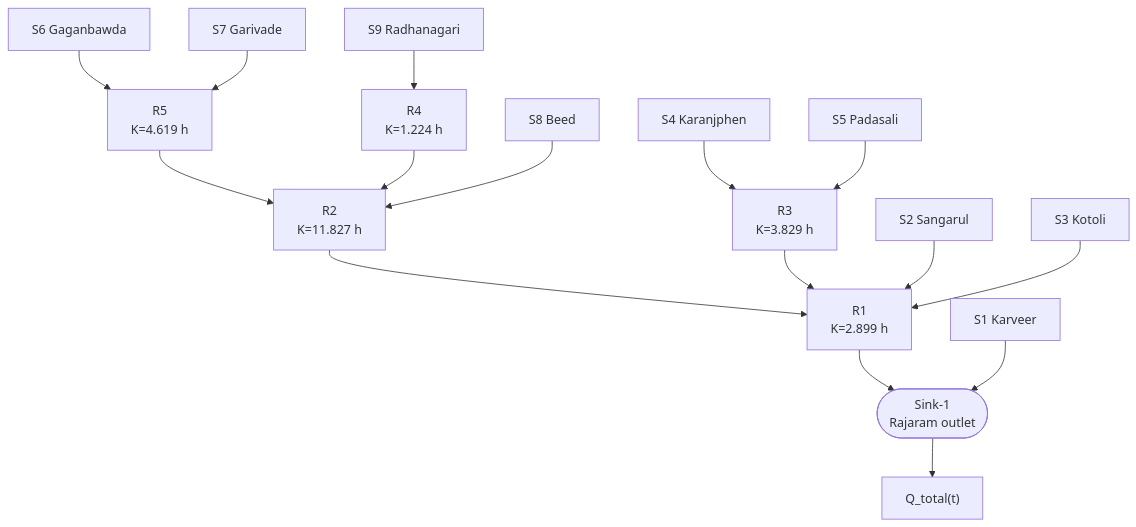
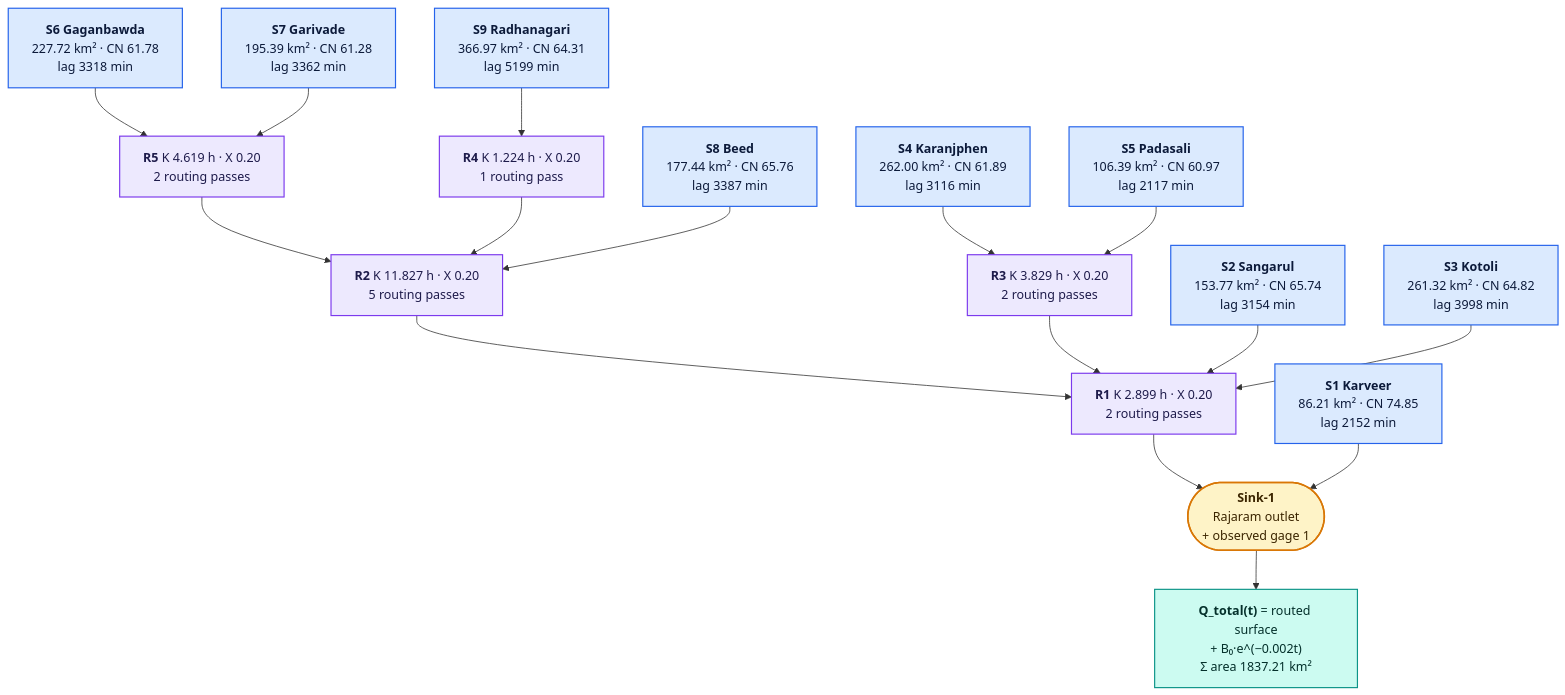
Before and after one commit to satwikcccss-crypto/CCCSS-SUK-Panchganga_Hydrocast: the second of 2 diagrams in docs/runoff-computation.md, drawn with Mermaid. The commit also changed other lines of this file and 14 other files, not shown here.

````diff
--- a/docs/runoff-computation.md
+++ b/docs/runoff-computation.md
@@ -247,18 +261,28 @@
 ```mermaid
 flowchart TD
-    S6["S6 Gaganbawda"] --> R5["R5<br/>K=4.619 h"]
-    S7["S7 Garivade"] --> R5
-    R5 --> R2["R2<br/>K=11.827 h"]
-    S9["S9 Radhanagari"] --> R4["R4<br/>K=1.224 h"]
+    S6["<b>S6 Gaganbawda</b><br/>227.72 km² · CN 61.78<br/>lag 3318 min"] --> R5["<b>R5</b> K 4.619 h · X 0.20<br/>2 routing passes"]
+    S7["<b>S7 Garivade</b><br/>195.39 km² · CN 61.28<br/>lag 3362 min"] --> R5
+    S9["<b>S9 Radhanagari</b><br/>366.97 km² · CN 64.31<br/>lag 5199 min"] --> R4["<b>R4</b> K 1.224 h · X 0.20<br/>1 routing pass"]
+    R5 --> R2["<b>R2</b> K 11.827 h · X 0.20<br/>5 routing passes"]
     R4 --> R2
-    S8["S8 Beed"] --> R2
-    R2 --> R1["R1<br/>K=2.899 h"]
-    S4["S4 Karanjphen"] --> R3["R3<br/>K=3.829 h"]
-    S5["S5 Padasali"] --> R3
+    S8["<b>S8 Beed</b><br/>177.44 km² · CN 65.76<br/>lag 3387 min"] --> R2
+    R2 --> R1["<b>R1</b> K 2.899 h · X 0.20<br/>2 routing passes"]
+    S4["<b>S4 Karanjphen</b><br/>262.00 km² · CN 61.89<br/>lag 3116 min"] --> R3["<b>R3</b> K 3.829 h · X 0.20<br/>2 routing passes"]
+    S5["<b>S5 Padasali</b><br/>106.39 km² · CN 60.97<br/>lag 2117 min"] --> R3
     R3 --> R1
-    S2["S2 Sangarul"] --> R1
-    S3["S3 Kotoli"] --> R1
-    R1 --> SINK(["Sink-1<br/>Rajaram outlet"])
-    S1["S1 Karveer"] --> SINK
-    SINK --> QT["Q_total(t)"]
+    S2["<b>S2 Sangarul</b><br/>153.77 km² · CN 65.74<br/>lag 3154 min"] --> R1
+    S3["<b>S3 Kotoli</b><br/>261.32 km² · CN 64.82<br/>lag 3998 min"] --> R1
+    R1 --> SINK(["<b>Sink-1</b><br/>Rajaram outlet<br/>+ observed gage 1"])
+    S1["<b>S1 Karveer</b><br/>86.21 km² · CN 74.85<br/>lag 2152 min"] --> SINK
+    SINK --> QT["<b>Q_total(t)</b> = routed surface<br/>+ B₀·e^(−0.002t)<br/>Σ area 1837.21 km²"]
+
+    classDef sub   fill:#dbeafe,stroke:#2563eb,stroke-width:1.5px,color:#0c1a3a
+    classDef reach fill:#ede9fe,stroke:#7c3aed,stroke-width:1.5px,color:#1e1b4b
+    classDef sink  fill:#fef3c7,stroke:#d97706,stroke-width:2px,color:#3b2500
+    classDef out   fill:#ccfbf1,stroke:#0d9488,stroke-width:1.5px,color:#04302b
+
+    class S1,S2,S3,S4,S5,S6,S7,S8,S9 sub
+    class R1,R2,R3,R4,R5 reach
+    class SINK sink
+    class QT out
 ```
````
